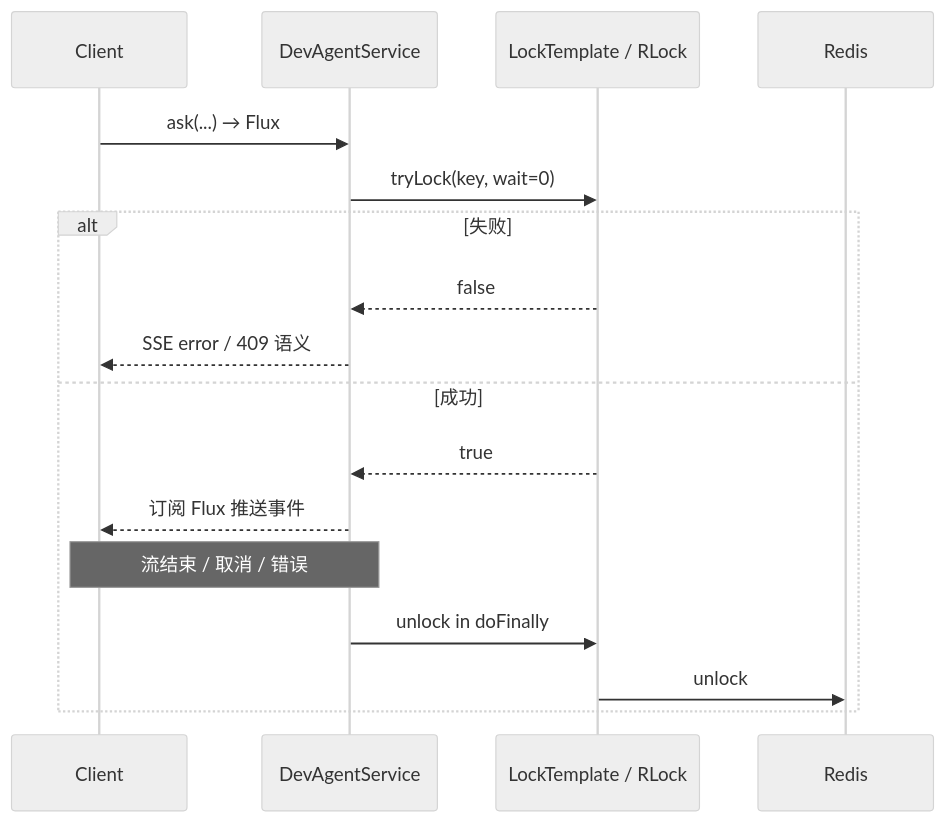
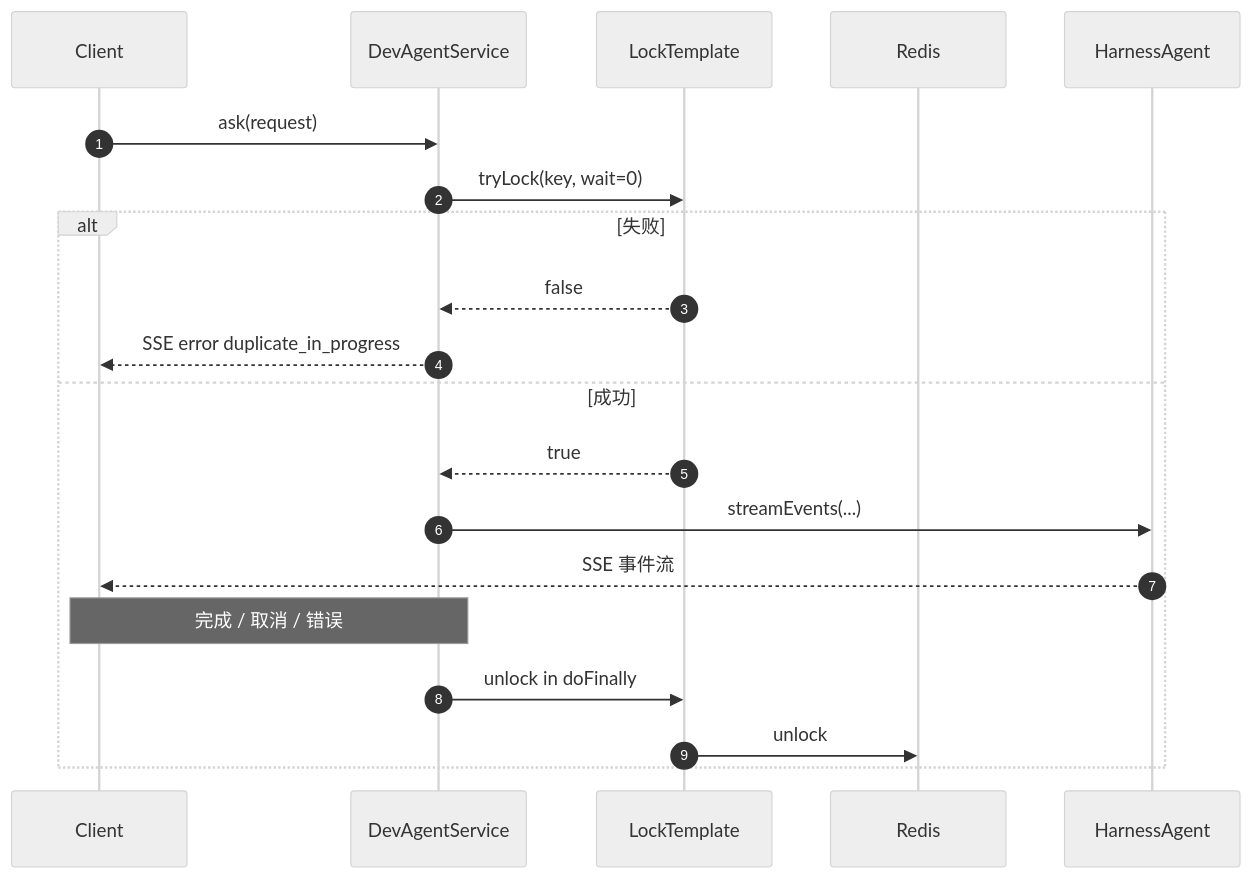
One commit to jasonsoso/spring-ai-demo changed the sixth of 6 diagrams in demo2/docs/superpowers/specs/2026-08-05-lock4j-redisson-design.md. Above: the diagram before and after it, drawn with Mermaid (neutral theme). The commit also changed other lines of this file, not shown here.

Commit message:
docs(demo2): expand lock design to demo annotation plus ask tryLock

````diff
--- a/demo2/docs/superpowers/specs/2026-08-05-lock4j-redisson-design.md
+++ b/demo2/docs/superpowers/specs/2026-08-05-lock4j-redisson-design.md
@@ -310,20 +252,23 @@
 ```mermaid
 sequenceDiagram
+  autonumber
   participant C as Client
   participant S as DevAgentService
-  participant L as LockTemplate / RLock
+  participant L as LockTemplate
   participant R as Redis
+  participant A as HarnessAgent
 
-  C->>S: ask(...) → Flux
+  C->>S: ask(request)
   S->>L: tryLock(key, wait=0)
   alt 失败
     L-->>S: false
-    S-->>C: SSE error / 409 语义
+    S-->>C: SSE error duplicate_in_progress
   else 成功
     L-->>S: true
-    S-->>C: 订阅 Flux 推送事件
-    Note over S,C: 流结束 / 取消 / 错误
+    S->>A: streamEvents(...)
+    A-->>C: SSE 事件流
+    Note over S,C: 完成 / 取消 / 错误
     S->>L: unlock in doFinally
     L->>R: unlock
   end
 ```
````
